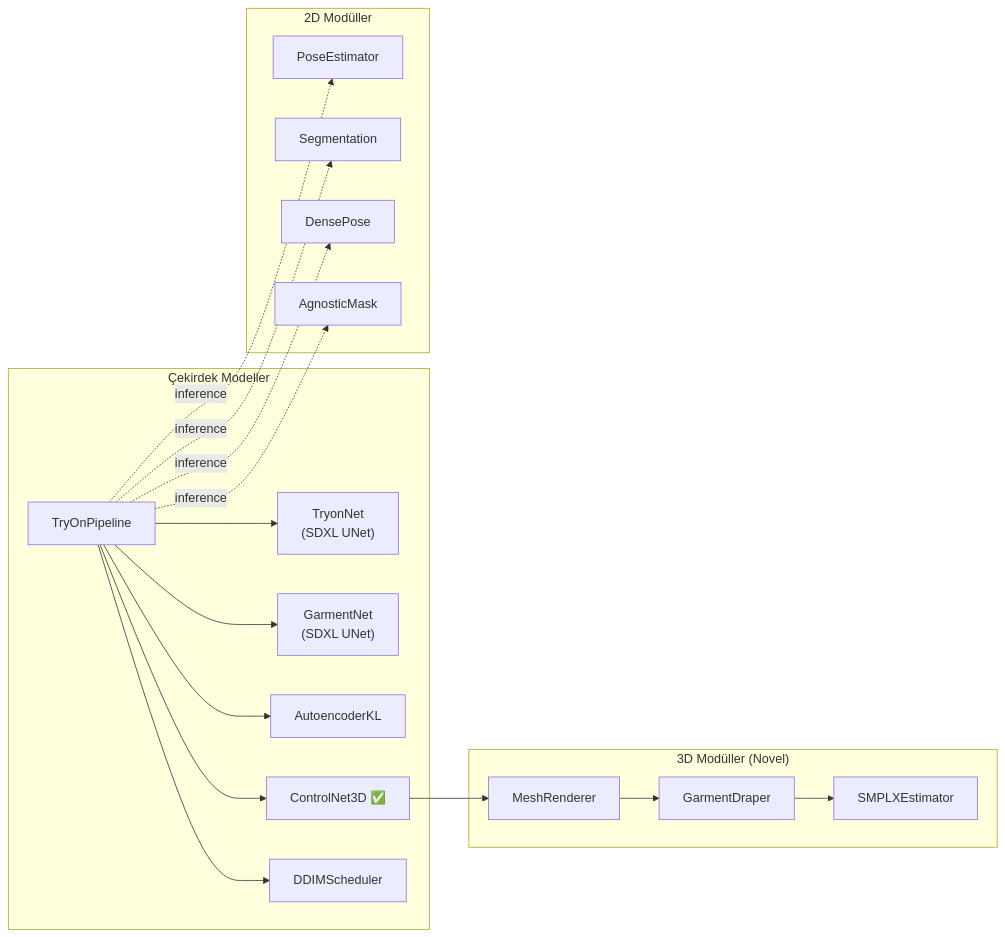
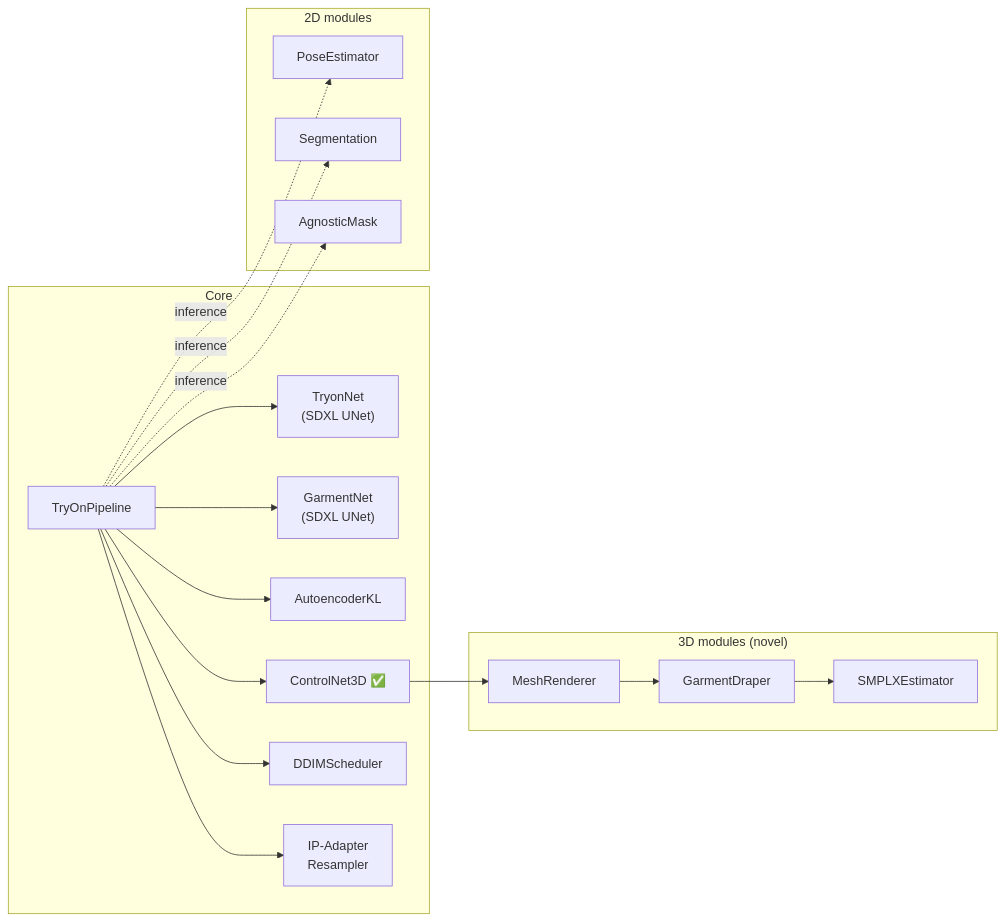
The second of 2 diagrams in docs/ARCHITECTURE.md (SerhanTelatar/MeshVTON), drawn with Mermaid before and after one commit. The commit also changed other lines of this file and 30 other files, not shown here.

````diff
--- a/docs/ARCHITECTURE.md
+++ b/docs/ARCHITECTURE.md
@@ -543,28 +624,29 @@
 ```mermaid
 graph LR
-    subgraph Core["Çekirdek Modeller"]
+    subgraph Core
         TP["TryOnPipeline"]
         TN["TryonNet<br/>(SDXL UNet)"]
         GN["GarmentNet<br/>(SDXL UNet)"]
         VAE["AutoencoderKL"]
         CN3D["ControlNet3D ✅"]
         NS["DDIMScheduler"]
+        IPA["IP-Adapter<br/>Resampler"]
     end
 
-    subgraph Modules3D["3D Modüller (Novel)"]
+    subgraph Pipeline3D["3D modules (novel)"]
         SX["SMPLXEstimator"]
         GD["GarmentDraper"]
         MR["MeshRenderer"]
     end
 
-    subgraph Modules2D["2D Modüller"]
+    subgraph Preproc2D["2D modules"]
         PE["PoseEstimator"]
         SG["Segmentation"]
-        DPE["DensePose"]
         AM["AgnosticMask"]
     end
 
-    TP --> TN & GN & VAE & CN3D & NS
-    CN3D --> MR --> GD --> SX
-    TP -.->|"inference"| PE & SG & DPE & AM
+    TP --> TN & GN & VAE & CN3D & NS & IPA
+    CN3D --> MR
+    MR --> GD --> SX
+    TP -.->|"inference"| PE & SG & AM
 ```
````
